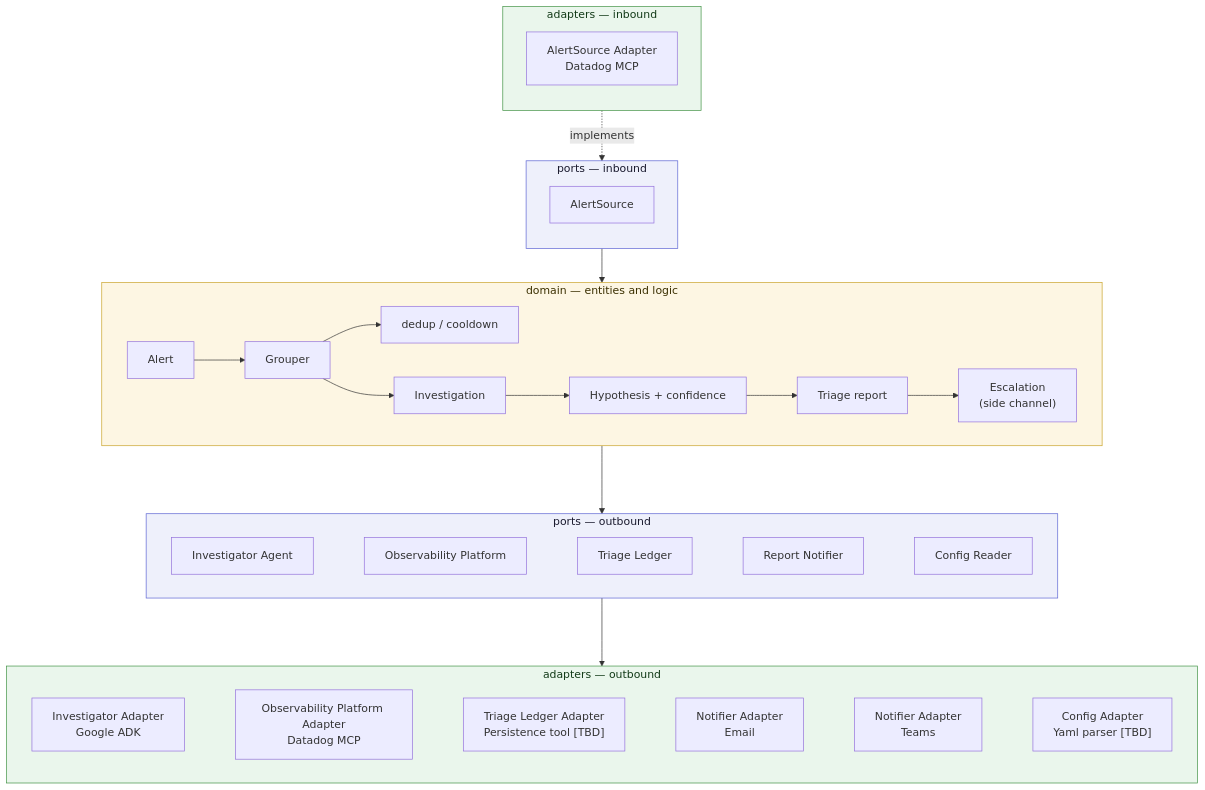
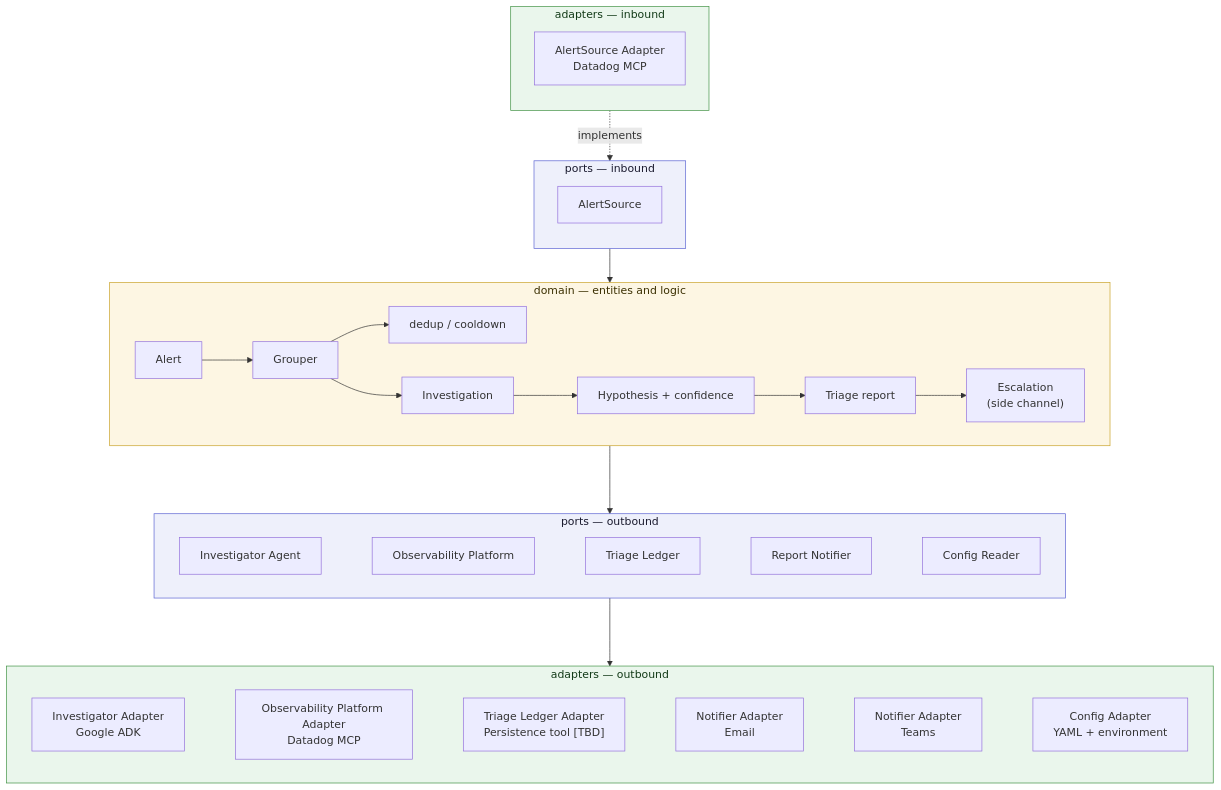
One commit to EduardoFLima/alert-triage changed the diagram in README.md. Above: the diagram before and after it, drawn with Mermaid. The commit also changed other lines of this file and 13 other files, not shown here.

````diff
--- a/README.md
+++ b/README.md
@@ -81,43 +122,43 @@
 ```mermaid
 flowchart TB
     subgraph InboundAdapters["adapters — inbound"]
         direction TB
         DatadogMCP["AlertSource Adapter<br/>Datadog MCP"]
     end
     subgraph InboundPorts["ports — inbound"]
         direction TB
         AlertSource["AlertSource"]
     end
     subgraph Domain["domain — entities and logic"]
         direction LR
         Alert["Alert"] --> Grouper["Grouper"]
         Grouper --> Ledger["dedup / cooldown"]
         Grouper --> Investigation["Investigation"]
         Investigation --> Diagnosis["Hypothesis + confidence"]
         Diagnosis --> Report["Triage report"]
         Report --> Escalation["Escalation<br/>(side channel)"]
     end
 
     subgraph OutboundPorts["ports — outbound"]
         direction LR
         Investigator["Investigator Agent"] ~~~ ObservabilityPlatform["Observability Platform"] ~~~ TriageLedger["Triage Ledger"] ~~~ Notifier["Report Notifier"] ~~~ Config["Config Reader"]
     end
 
     subgraph OutboundAdapters["adapters — outbound"]
         direction LR
-        ADK["Investigator Adapter<br/>Google ADK"] ~~~ ObservabilityPlatformAdapter["Observability Platform Adapter<br/>Datadog MCP"] ~~~ TriageLedgerAdapter["Triage Ledger Adapter<br/>Persistence tool [TBD]"] ~~~ NotifierEmailAdapter["Notifier Adapter<br/>Email"] ~~~ NotifierTeamsAdapter["Notifier Adapter<br/>Teams"] ~~~ ConfigAdapter["Config Adapter<br/>Yaml parser [TBD]"]
+        ADK["Investigator Adapter<br/>Google ADK"] ~~~ ObservabilityPlatformAdapter["Observability Platform Adapter<br/>Datadog MCP"] ~~~ TriageLedgerAdapter["Triage Ledger Adapter<br/>Persistence tool [TBD]"] ~~~ NotifierEmailAdapter["Notifier Adapter<br/>Email"] ~~~ NotifierTeamsAdapter["Notifier Adapter<br/>Teams"] ~~~ ConfigAdapter["Config Adapter<br/>YAML + environment"]
     end
 
     DatadogMCP -. implements .-> AlertSource
     AlertSource --> Domain
     Domain ---> OutboundPorts
     OutboundPorts ---> OutboundAdapters
 
     classDef domainClass fill:#fdf6e3,stroke:#c9a227,color:#3a2f00
     classDef portsClass fill:#eef0fb,stroke:#5b63d3,color:#1a1a2e
     classDef adaptersClass fill:#eaf6ec,stroke:#3f9142,color:#123a17
 
     class Domain domainClass
     class InboundPorts,OutboundPorts portsClass
     class InboundAdapters,OutboundAdapters adaptersClass
 ```
````
